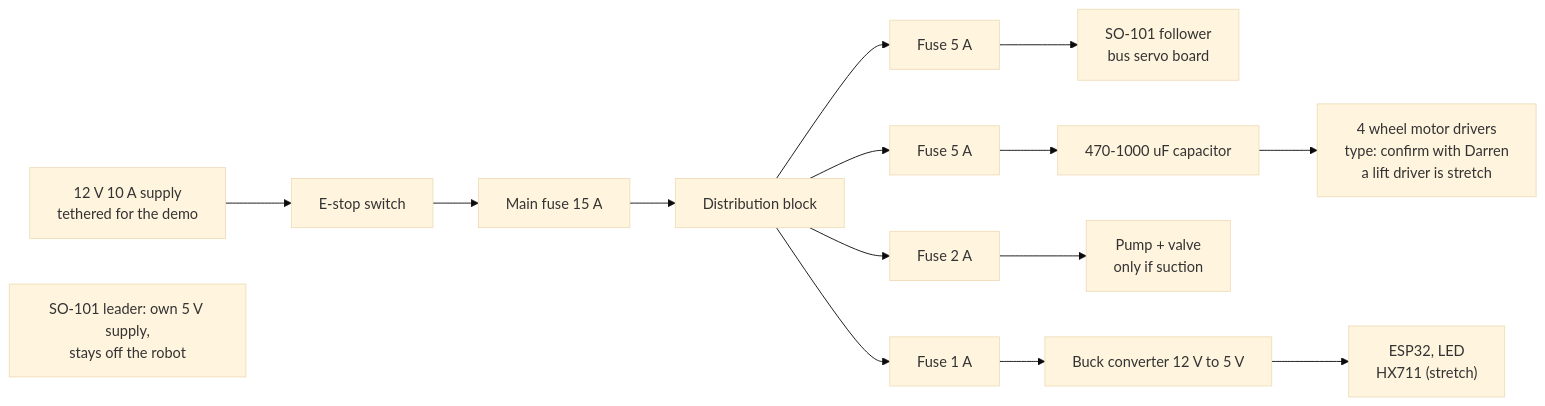
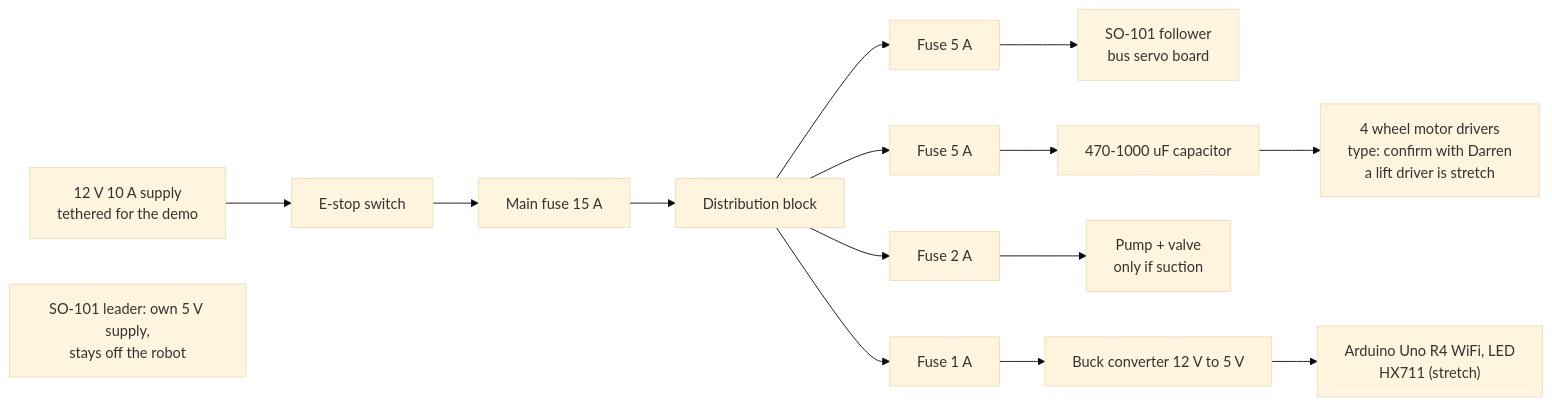
The sixth of 12 diagrams in plan.md (aarooshpravici/AutoPick-CalHacks), drawn with Mermaid (base theme) before and after one commit. The commit also changed other lines of this file and 10 other files, not shown here.

````diff
--- a/plan.md
+++ b/plan.md
@@ -235,9 +249,9 @@
 ```mermaid
 flowchart LR
     SUP["12 V 10 A supply<br/>tethered for the demo"] --> ES["E-stop switch"] --> MF["Main fuse 15 A"] --> DB["Distribution block"]
     DB --> F1["Fuse 5 A"] --> ARMB["SO-101 follower<br/>bus servo board"]
     DB --> F2["Fuse 5 A"] --> CAP["470-1000 uF capacitor"] --> TMC["4 wheel motor drivers<br/>type: confirm with Darren<br/>a lift driver is stretch"]
     DB --> F3["Fuse 2 A"] --> PUMP["Pump + valve<br/>only if suction"]
-    DB --> F4["Fuse 1 A"] --> BUCK["Buck converter 12 V to 5 V"] --> ESPP["ESP32, LED<br/>HX711 (stretch)"]
+    DB --> F4["Fuse 1 A"] --> BUCK["Buck converter 12 V to 5 V"] --> ESPP["Arduino Uno R4 WiFi, LED<br/>HX711 (stretch)"]
     LEAD["SO-101 leader: own 5 V supply,<br/>stays off the robot"]
 ```
````
